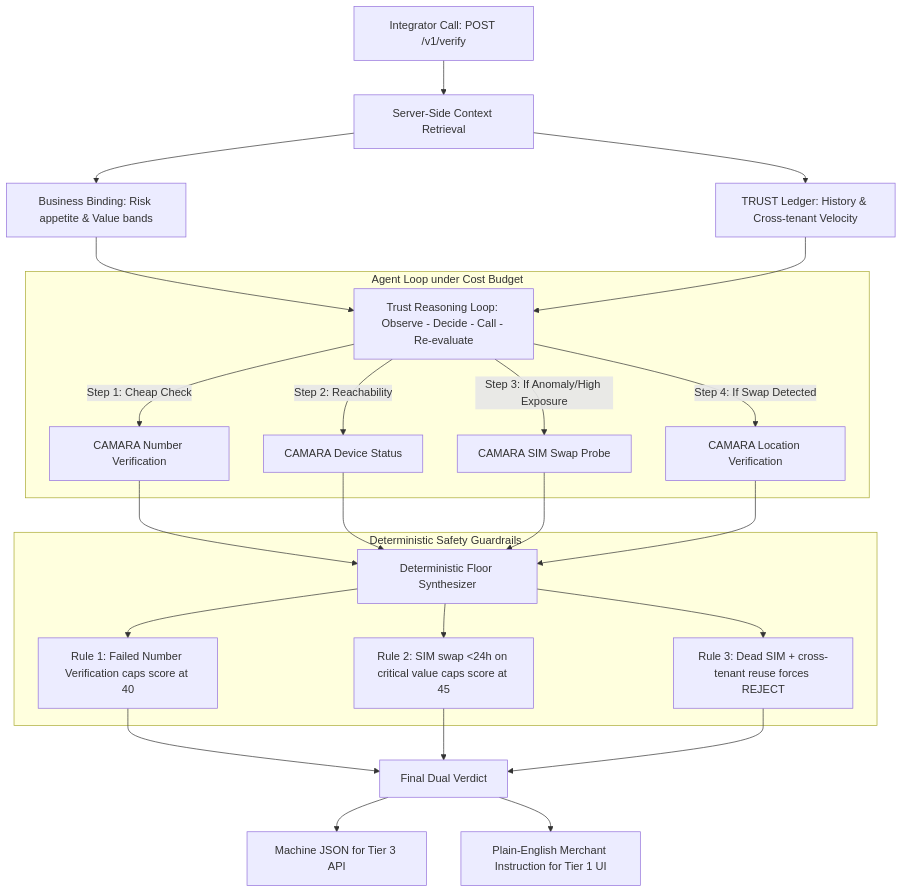
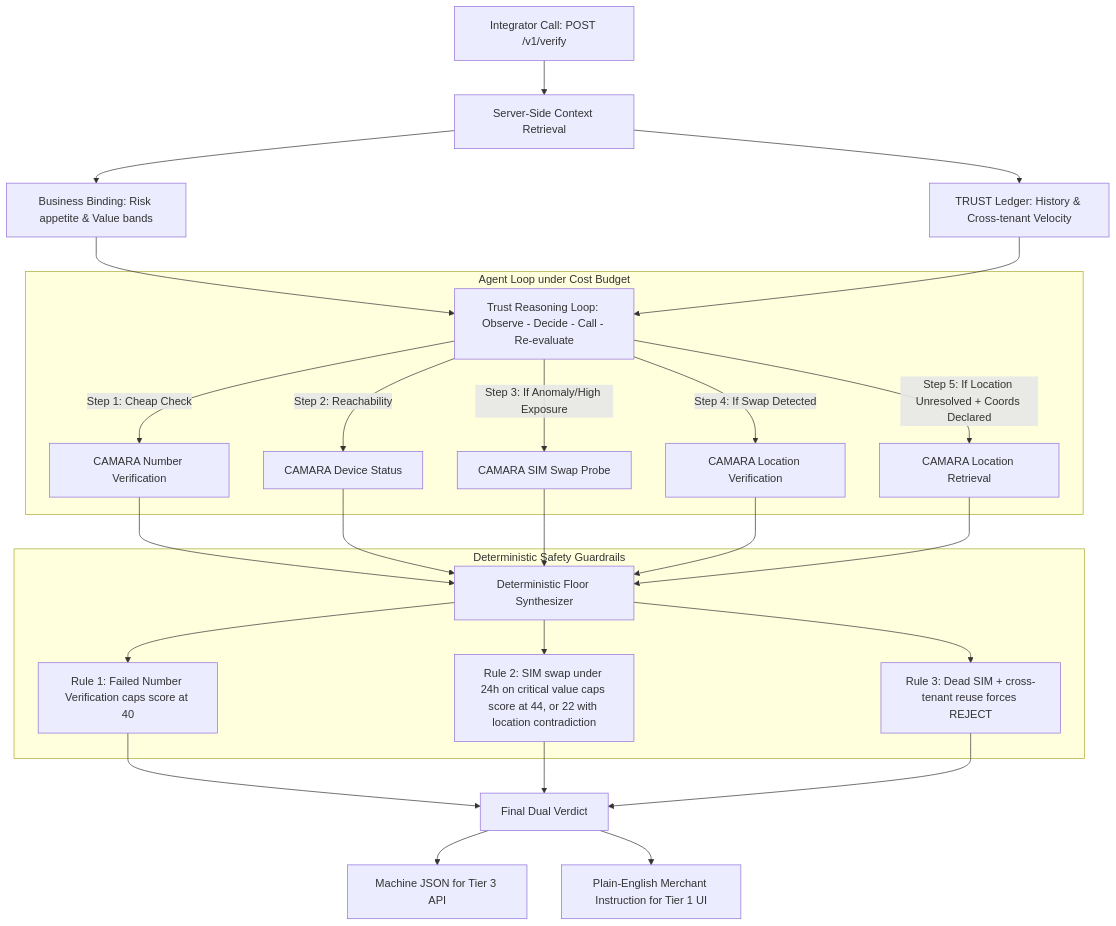
The diagram in README.md (redouane-bensaci/TrustGSMA_MENA_Ignite), drawn with Mermaid before and after one commit. The commit also changed other lines of this file and 20 other files, not shown here.

````diff
--- a/README.md
+++ b/README.md
@@ -60,28 +83,29 @@
 ```mermaid
 graph TD
     A[Integrator Call: POST /v1/verify] --> B[Server-Side Context Retrieval]
     B --> B1[Business Binding: Risk appetite & Value bands]
     B --> B2[TRUST Ledger: History & Cross-tenant Velocity]
     
     B1 --> C[Trust Reasoning Loop: Observe - Decide - Call - Re-evaluate]
     B2 --> C
     
     subgraph Agent Loop under Cost Budget
         C -->|Step 1: Cheap Check| D1[CAMARA Number Verification]
         C -->|Step 2: Reachability| D2[CAMARA Device Status]
         C -->|Step 3: If Anomaly/High Exposure| D3[CAMARA SIM Swap Probe]
         C -->|Step 4: If Swap Detected| D4[CAMARA Location Verification]
+        C -->|Step 5: If Location Unresolved + Coords Declared| D5[CAMARA Location Retrieval]
     end
     
-    D1 & D2 & D3 & D4 --> E[Deterministic Floor Synthesizer]
+    D1 & D2 & D3 & D4 & D5 --> E[Deterministic Floor Synthesizer]
     
     subgraph Deterministic Safety Guardrails
         E --> R1[Rule 1: Failed Number Verification caps score at 40]
-        E --> R2[Rule 2: SIM swap <24h on critical value caps score at 45]
+        E --> R2[Rule 2: SIM swap under 24h on critical value caps score at 44, or 22 with location contradiction]
         E --> R3[Rule 3: Dead SIM + cross-tenant reuse forces REJECT]
     end
     
     R1 & R2 & R3 --> F[Final Dual Verdict]
     F --> G1[Machine JSON for Tier 3 API]
     F --> G2[Plain-English Merchant Instruction for Tier 1 UI]
 ```
````
